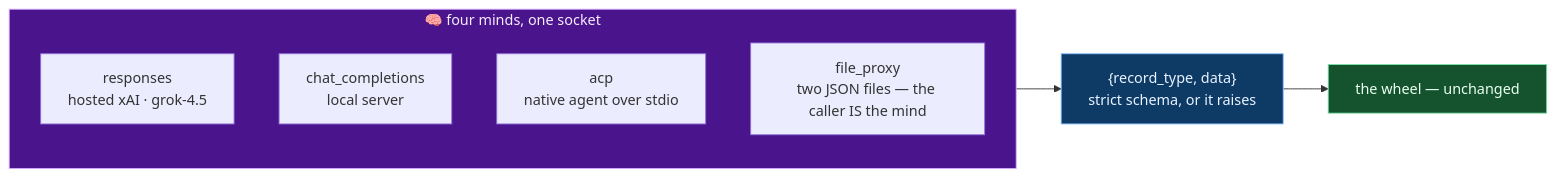
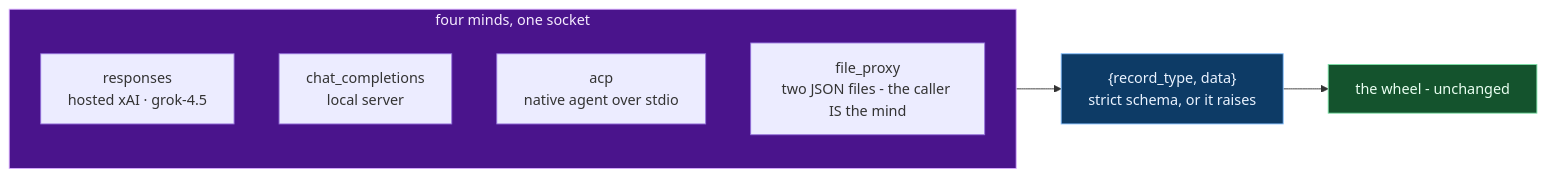
One commit to wgabrys88/endgame-ai changed diagram 13 of 17 in README.md. Above: the diagram before and after it, drawn with Mermaid. The commit also changed other lines of this file, not shown here.

````diff
--- a/README.md
+++ b/README.md
@@ -445,14 +445,14 @@
 ```mermaid
 flowchart LR
-    subgraph MINDS["🧠 four minds, one socket"]
+    subgraph MINDS["four minds, one socket"]
         R["responses<br/>hosted xAI · grok-4.5"]
         C["chat_completions<br/>local server"]
         A["acp<br/>native agent over stdio"]
-        F["file_proxy<br/>two JSON files — the caller IS the mind"]
+        F["file_proxy<br/>two JSON files - the caller IS the mind"]
     end
     MINDS --> ENV["{record_type, data}<br/>strict schema, or it raises"]
-    ENV --> WHEEL["the wheel — unchanged"]
+    ENV --> WHEEL["the wheel - unchanged"]
     style MINDS fill:#4a148c,stroke:#d7a9ff,color:#f6ecff
     style ENV fill:#0d3b66,stroke:#87c1ff,color:#eaf3ff
     style WHEEL fill:#14532d,stroke:#7be0a6,color:#eafff2
 ```
````
